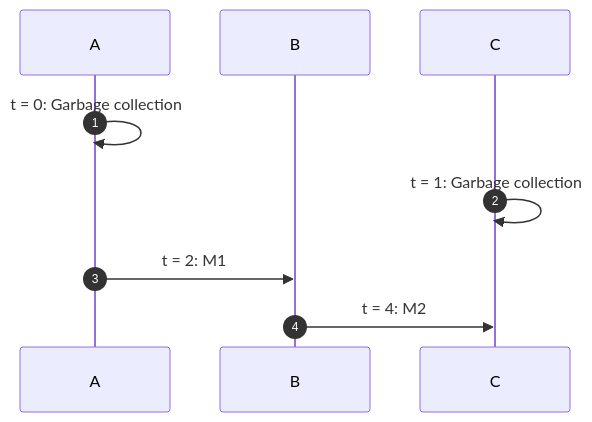
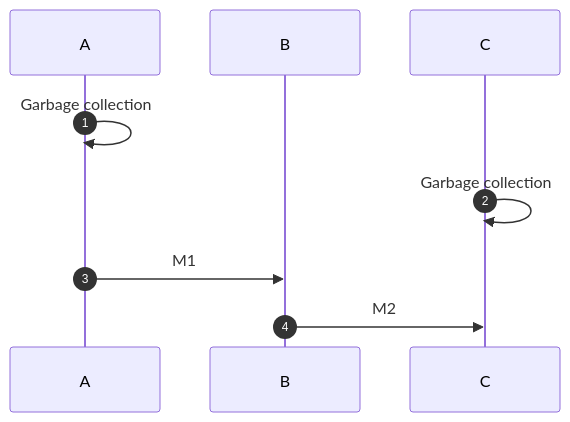
Before and after one commit to jdeinum/blog_posts: the first of 3 diagrams in frontend/src/posts/logical_clocks/index.md, drawn with Mermaid. The commit also changed other lines of this file and 11 other files, not shown here.

```diff
--- a/frontend/src/posts/logical_clocks/index.md
+++ b/frontend/src/posts/logical_clocks/index.md
@@ -83,11 +88,11 @@
-  <pre class="mermaid">
+    <pre class="mermaid">
 sequenceDiagram
     participant A
     participant B
     participant C
     autonumber
-    A->>A: t = 0: Garbage collection
-    C->>C: t = 1: Garbage collection
-    A->>B: t = 2: M1
-    B->>C: t = 4: M2
-  </pre>
+    A->>A: Garbage collection
+    C->>C: Garbage collection
+    A->>B: M1
+    B->>C: M2
+    </pre>
```
